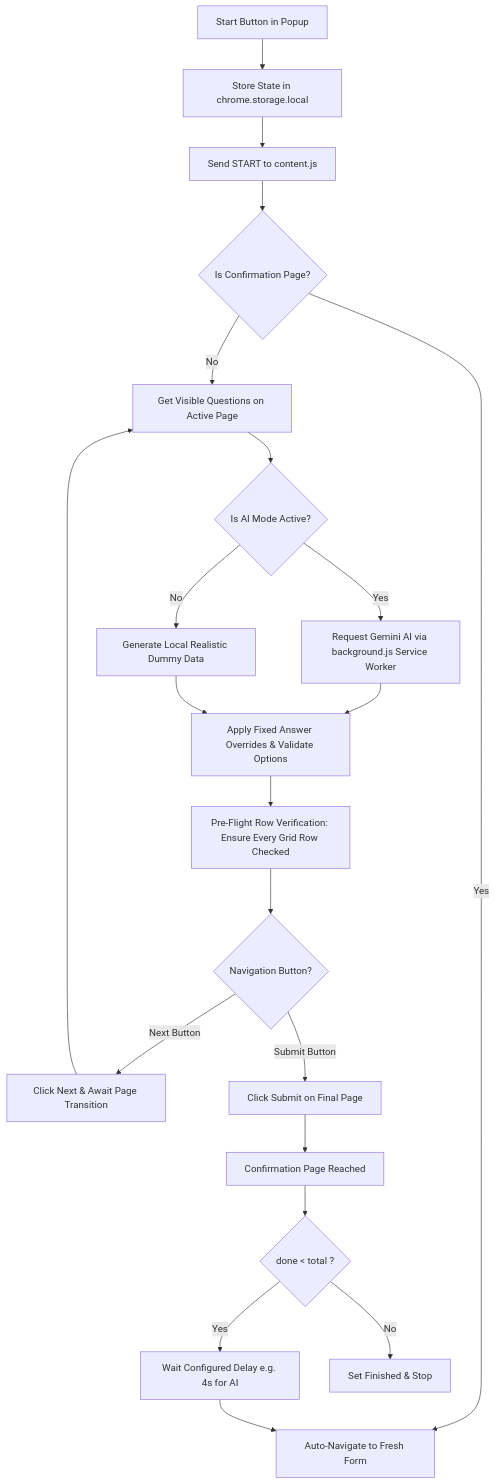
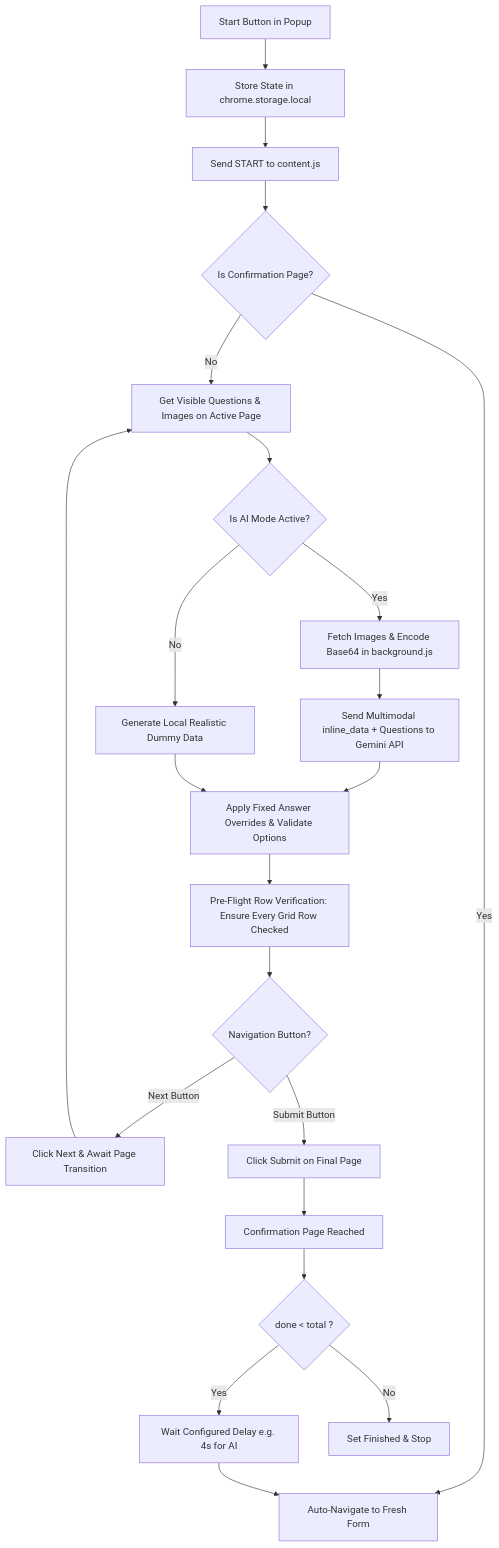
The diagram in README.md (makdi-manav/FormPilot), drawn with Mermaid before and after one commit. The commit also changed other lines of this file and 9 other files, not shown here.

Commit message:
feat: add Gemini vision multimodal support, dynamic model selector, and diverse writing styles

````diff
--- a/README.md
+++ b/README.md
@@ -80,23 +91,24 @@
 ```mermaid
 flowchart TD
     A[Start Button in Popup] --> B[Store State in chrome.storage.local]
     B --> C[Send START to content.js]
     C --> D{Is Confirmation Page?}
     D -- Yes --> E[Auto-Navigate to Fresh Form]
-    D -- No --> F[Get Visible Questions on Active Page]
+    D -- No --> F[Get Visible Questions & Images on Active Page]
     F --> G{Is AI Mode Active?}
-    G -- Yes --> H[Request Gemini AI via background.js Service Worker]
-    G -- No --> I[Generate Local Realistic Dummy Data]
-    H --> J[Apply Fixed Answer Overrides & Validate Options]
-    I --> J
-    J --> K[Pre-Flight Row Verification: Ensure Every Grid Row Checked]
-    K --> L{Navigation Button?}
-    L -- "Next" Button --> M[Click Next & Await Page Transition]
-    M --> F
-    L -- "Submit" Button --> N[Click Submit on Final Page]
-    N --> O[Confirmation Page Reached]
-    O --> P{done < total ?}
-    P -- Yes --> Q[Wait Configured Delay e.g. 4s for AI]
-    Q --> E
-    P -- No --> R[Set Finished & Stop]
+    G -- Yes --> H[Fetch Images & Encode Base64 in background.js]
+    H --> I[Send Multimodal inline_data + Questions to Gemini API]
+    G -- No --> J[Generate Local Realistic Dummy Data]
+    I --> K[Apply Fixed Answer Overrides & Validate Options]
+    J --> K
+    K --> L[Pre-Flight Row Verification: Ensure Every Grid Row Checked]
+    L --> M{Navigation Button?}
+    M -- "Next" Button --> N[Click Next & Await Page Transition]
+    N --> F
+    M -- "Submit" Button --> O[Click Submit on Final Page]
+    O --> P[Confirmation Page Reached]
+    P --> Q{done < total ?}
+    Q -- Yes --> R[Wait Configured Delay e.g. 4s for AI]
+    R --> E
+    Q -- No --> S[Set Finished & Stop]
 ```
````
